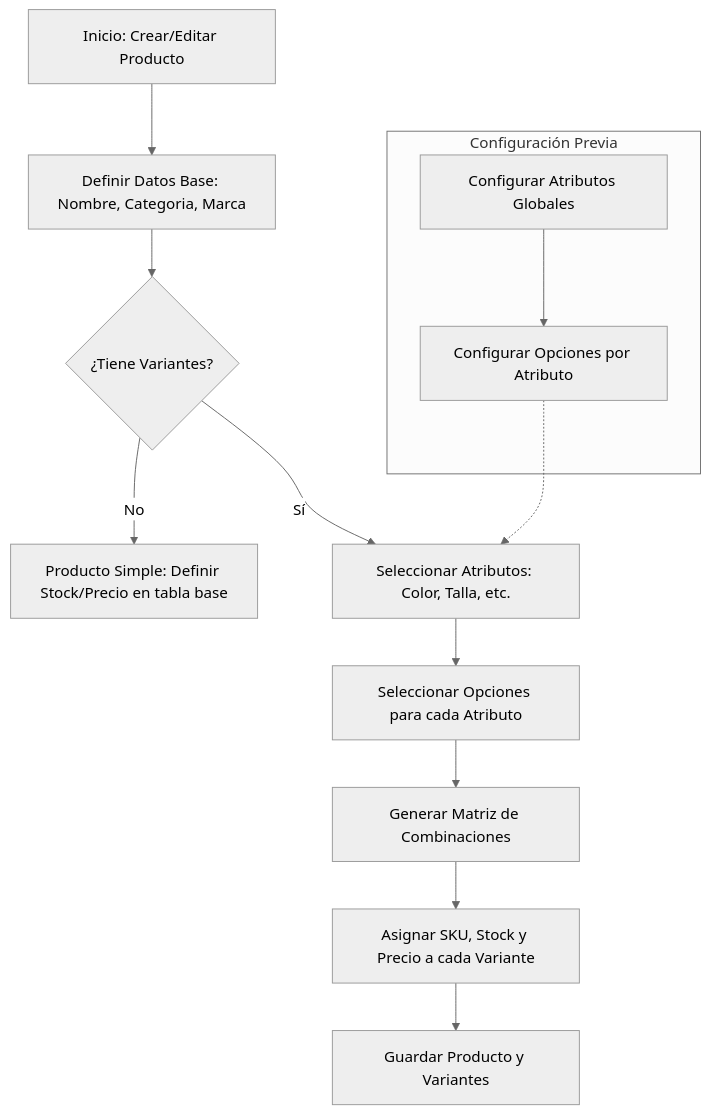
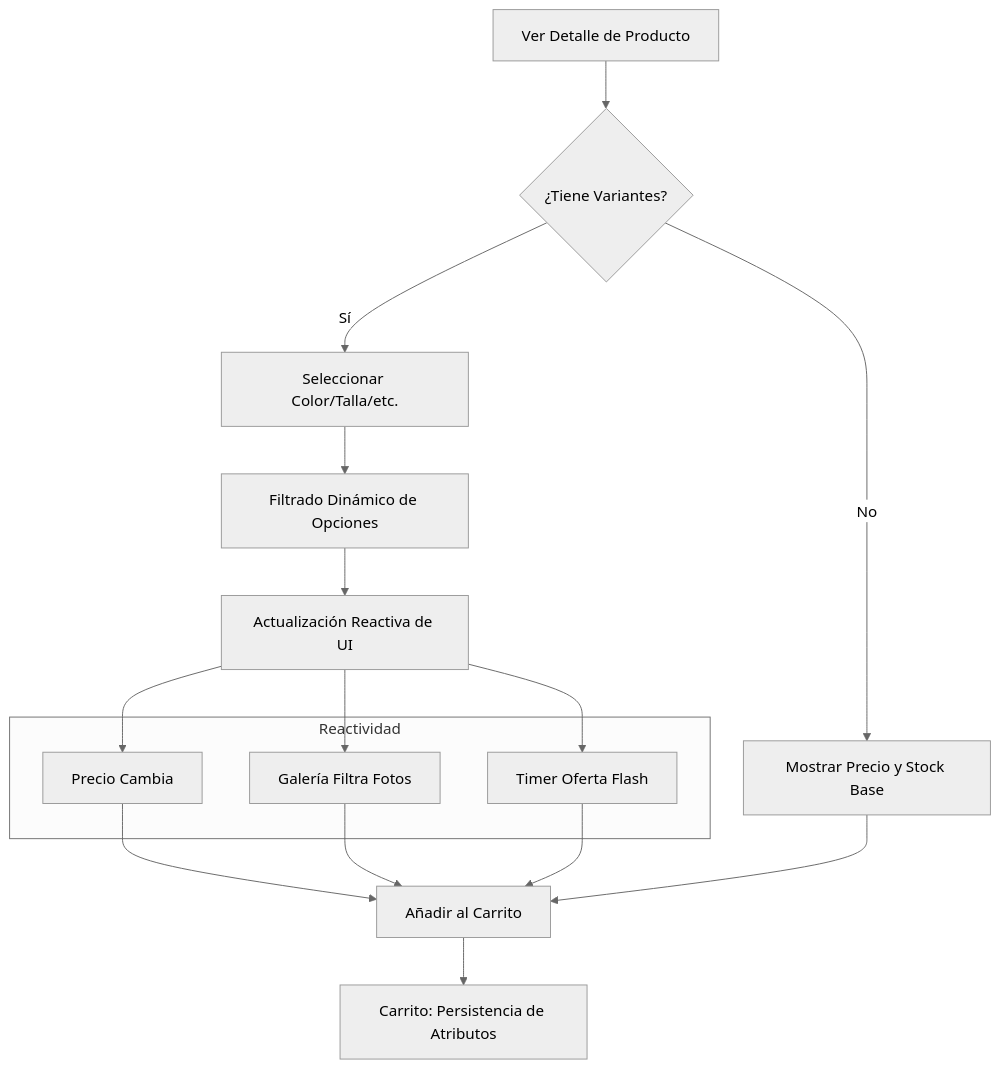
Before and after one commit to SIMDAV20/kuchas-kids-laravel-livewire: the second of 2 diagrams in docs/flow.md, drawn with Mermaid (neutral theme). The commit also changed other lines of this file and 2 other files, not shown here.

Commit message:
docs: add technical documentation for product architecture, variant workflows, and cart management

````diff
--- a/docs/flow.md
+++ b/docs/flow.md
@@ -48,17 +64,21 @@
 ```mermaid
 graph TD
-    A[Inicio: Crear/Editar Producto] --> B[Definir Datos Base: Nombre, Categoria, Marca]
-    B --> C{¿Tiene Variantes?}
-    C -- No --> D[Producto Simple: Definir Stock/Precio en tabla base]
-    C -- Sí --> E[Seleccionar Atributos: Color, Talla, etc.]
-    E --> F[Seleccionar Opciones para cada Atributo]
-    F --> G[Generar Matriz de Combinaciones]
-    G --> H[Asignar SKU, Stock y Precio a cada Variante]
-    H --> I[Guardar Producto y Variantes]
+    A[Ver Detalle de Producto] --> B{¿Tiene Variantes?}
+    B -- No --> C[Mostrar Precio y Stock Base]
+    B -- Sí --> D[Seleccionar Color/Talla/etc.]
     
-    subgraph "Configuración Previa"
-        P1[Configurar Atributos Globales] --> P2[Configurar Opciones por Atributo]
+    D --> E[Filtrado Dinámico de Opciones]
+    E --> F[Actualización Reactiva de UI]
+    
+    subgraph "Reactividad"
+        F1[Precio Cambia]
+        F2[Galería Filtra Fotos]
+        F3[Timer Oferta Flash]
     end
     
-    P2 -.-> E
+    F --> F1 & F2 & F3
+    F1 & F2 & F3 --> G[Añadir al Carrito]
+    C --> G
+    
+    G --> H[Carrito: Persistencia de Atributos]
 ```
````
